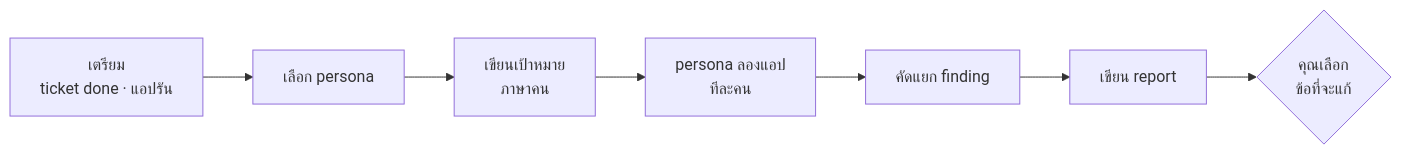
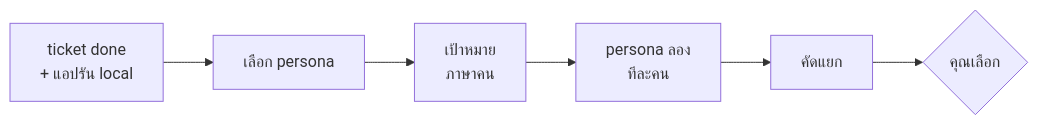
One commit to mousemouse094526/kiki-kit changed the eighth of 8 diagrams in docs/flow.th.md. Above: the diagram before and after it, drawn with Mermaid. The commit also changed other lines of this file and 4 other files, not shown here.

First line of the commit message:
docs(flow): rewrite for the single upstream gate; trim build references

````diff
--- a/docs/flow.th.md
+++ b/docs/flow.th.md
@@ -296,12 +212,11 @@
 ```mermaid
 flowchart LR
-    S["เตรียม<br/>ticket done · แอปรัน"]
+    S["ticket done<br/>+ แอปรัน local"]
     C["เลือก persona"]
-    G["เขียนเป้าหมาย<br/>ภาษาคน"]
-    RUN["persona ลองแอป<br/>ทีละคน"]
-    TRI["คัดแยก finding"]
-    REP["เขียน report"]
-    P{"คุณเลือก<br/>ข้อที่จะแก้"}
+    G["เป้าหมาย<br/>ภาษาคน"]
+    RUN["persona ลอง<br/>ทีละคน"]
+    TRI["คัดแยก"]
+    P{"คุณเลือก"}
 
-    S --> C --> G --> RUN --> TRI --> REP --> P
+    S --> C --> G --> RUN --> TRI --> P
 ```
````
